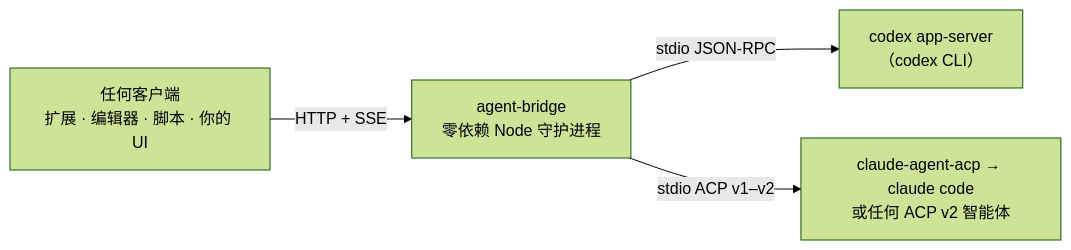
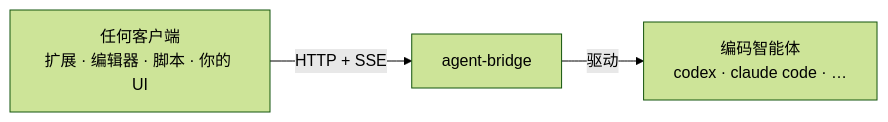
One commit to xiaohuzai/agent-bridge changed the first of 2 diagrams in README.zh-CN.md. Above: the diagram before and after it, drawn with Mermaid (forest theme). The commit also changed 1 other file, not shown here.

Commit message:
docs: 架构图降噪——协议细节留给桥操心，读者只见客户端/桥/agent 三框 (#25)

````diff
--- a/README.zh-CN.md
+++ b/README.zh-CN.md
@@ -19,6 +19,5 @@
 ```mermaid
 flowchart LR
-    C["任何客户端<br/>扩展 · 编辑器 · 脚本 · 你的 UI"] -->|"HTTP + SSE"| B["agent-bridge<br/>零依赖 Node 守护进程"]
-    B -->|"stdio JSON-RPC"| K["codex app-server<br/>（codex CLI）"]
-    B -->|"stdio ACP v1–v2"| A["claude-agent-acp → claude code<br/>或任何 ACP v2 智能体"]
+    C["任何客户端<br/>扩展 · 编辑器 · 脚本 · 你的 UI"] -->|"HTTP + SSE"| B["agent-bridge"]
+    B -->|驱动| A["编码智能体<br/>codex · claude code · …"]
 ```
````
